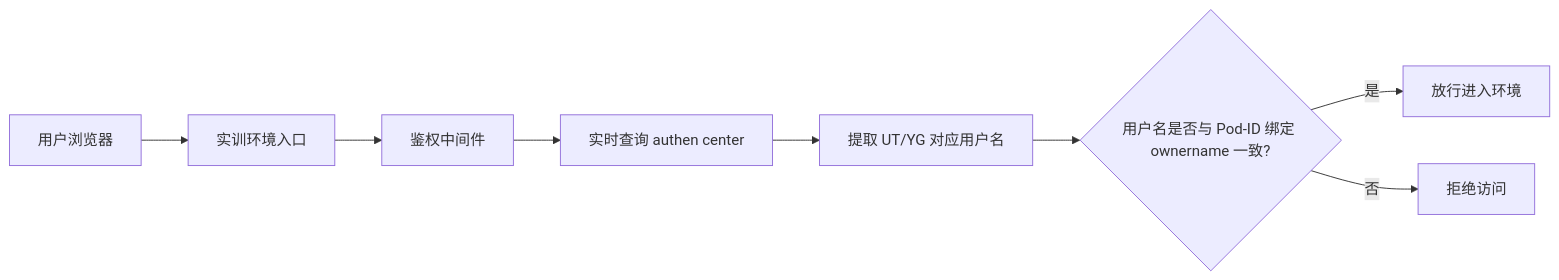
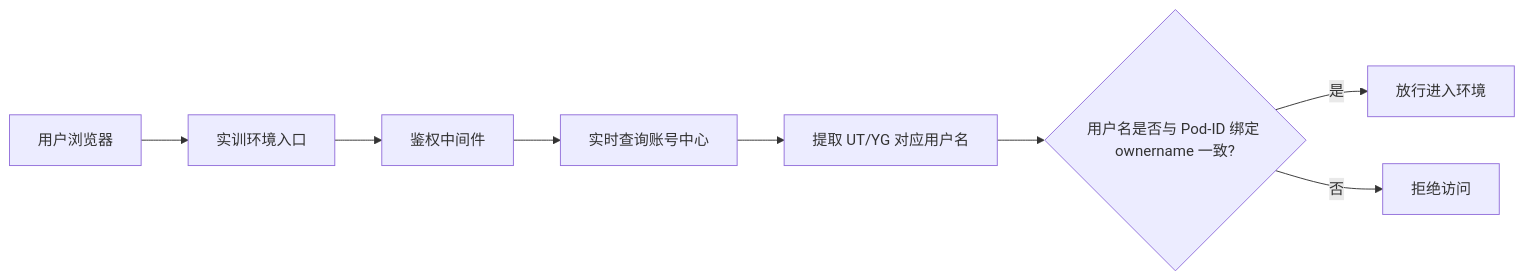
One commit to GeorgeCao-hw/backlog-test changed the first of 3 diagrams in opensourceways/backlog/issue_docs/151/Architecture Desgin/#151 Architecture Design Specification.md. Above: the diagram before and after it, drawn with Mermaid. The commit also changed other lines of this file and 1 other file, not shown here.

````diff
--- a/opensourceways/backlog/issue_docs/151/Architecture Desgin/#151 Architecture Design Specification.md
+++ b/opensourceways/backlog/issue_docs/151/Architecture Desgin/#151 Architecture Design Specification.md
@@ -25,10 +25,10 @@
 ```mermaid
 flowchart LR
     U[用户浏览器] --> G[实训环境入口]
     G --> A[鉴权中间件]
-    A --> S[实时查询 authen center]
+    A --> S[实时查询账号中心]
     S --> N[提取 UT/YG 对应用户名]
     N --> R{用户名是否与 Pod-ID 绑定 ownername 一致?}
     R -- 是 --> P[放行进入环境]
     R -- 否 --> F[拒绝访问]
 ```
````
